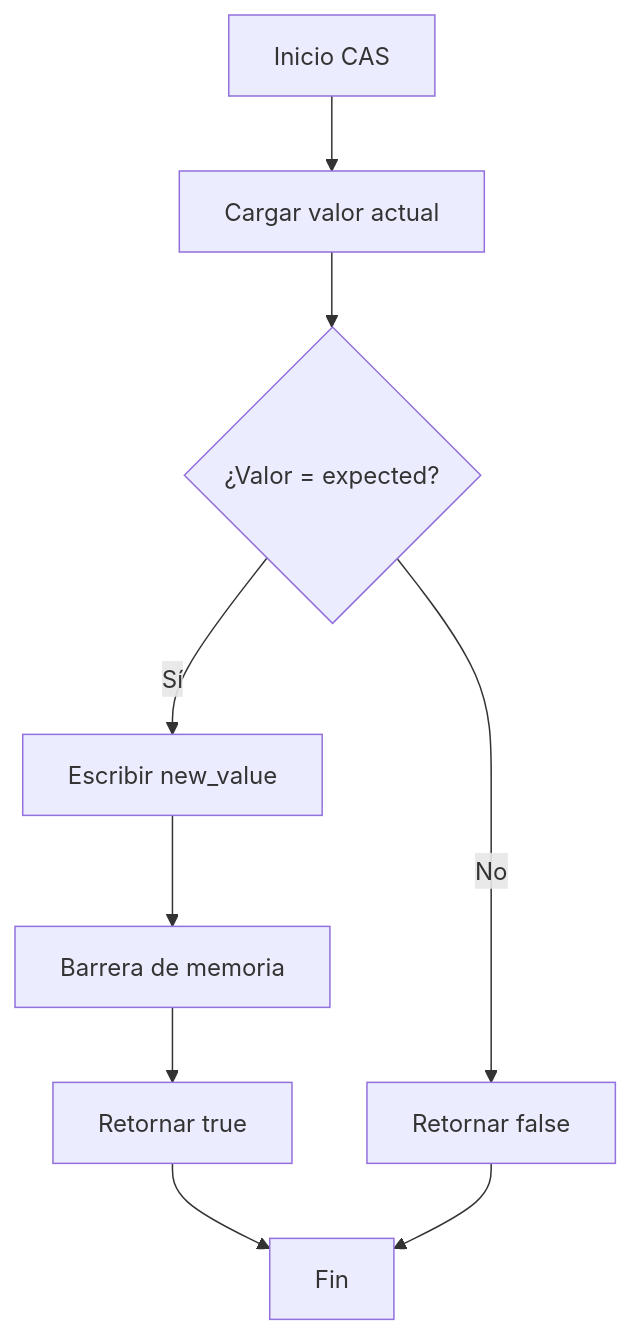
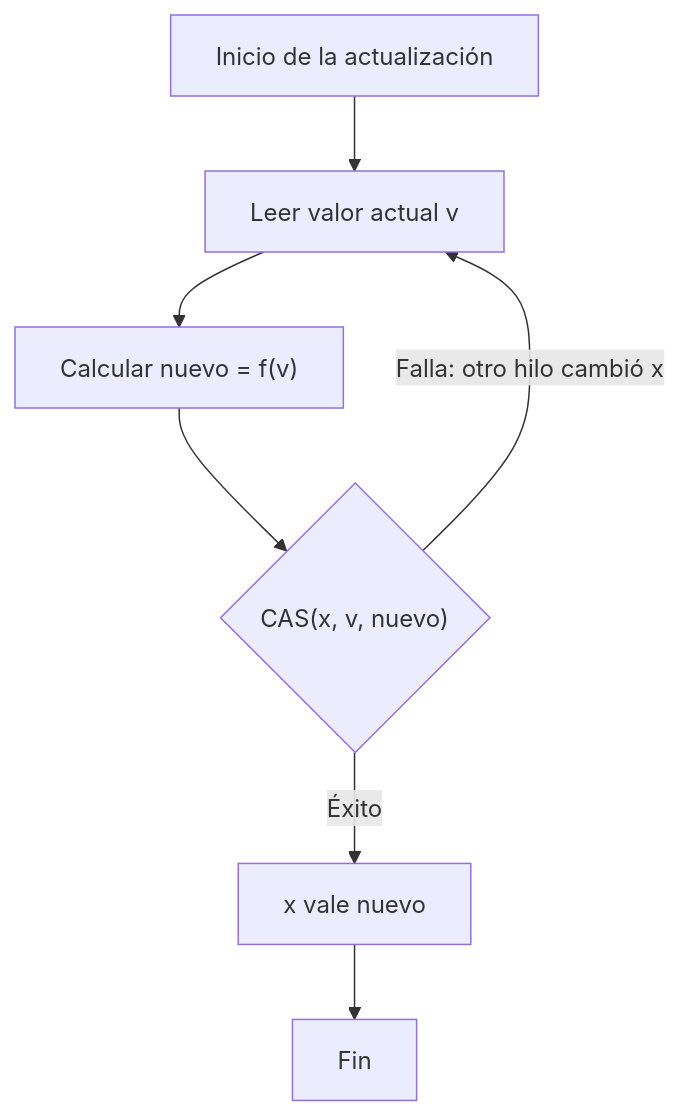
The second of 2 diagrams in public/documents/semester-3/3/3354.md (djaimej/computer-science-template), drawn with Mermaid before and after one commit. The commit also changed other lines of this file and 33 other files, not shown here.

````diff
--- a/public/documents/semester-3/3/3354.md
+++ b/public/documents/semester-3/3/3354.md
@@ -372,11 +773,9 @@
 ```mermaid
 flowchart TD
-    A[Inicio CAS] --> B[Cargar valor actual]
-    B --> C{¿Valor = expected?}
-    C -->|No| D[Retornar false]
-    C -->|Sí| E[Escribir new_value]
-    E --> F[Barrera de memoria]
-    F --> G[Retornar true]
-    G --> H[Fin]
-    D --> H
+    A[Inicio de la actualización] --> B[Leer valor actual v]
+    B --> C["Calcular nuevo = f(v)"]
+    C --> D{"CAS(x, v, nuevo)"}
+    D -->|Falla: otro hilo cambió x| B
+    D -->|Éxito| E[x vale nuevo]
+    E --> F[Fin]
 ```
````
